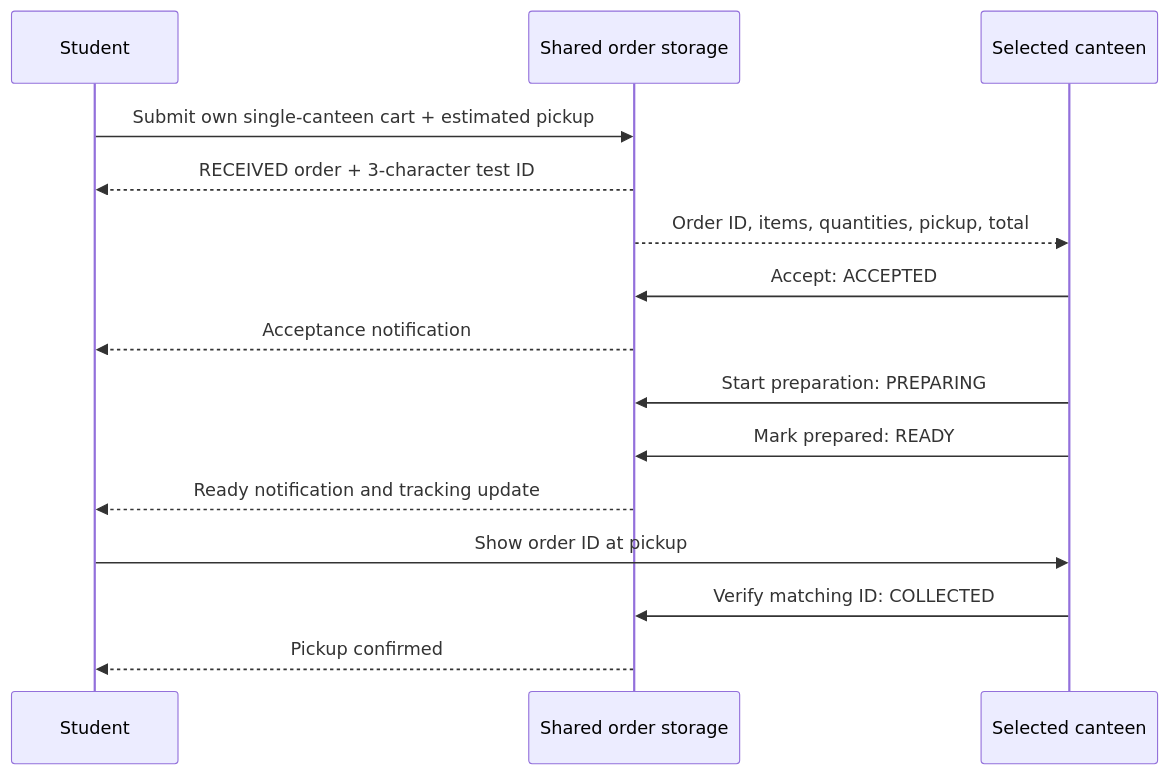
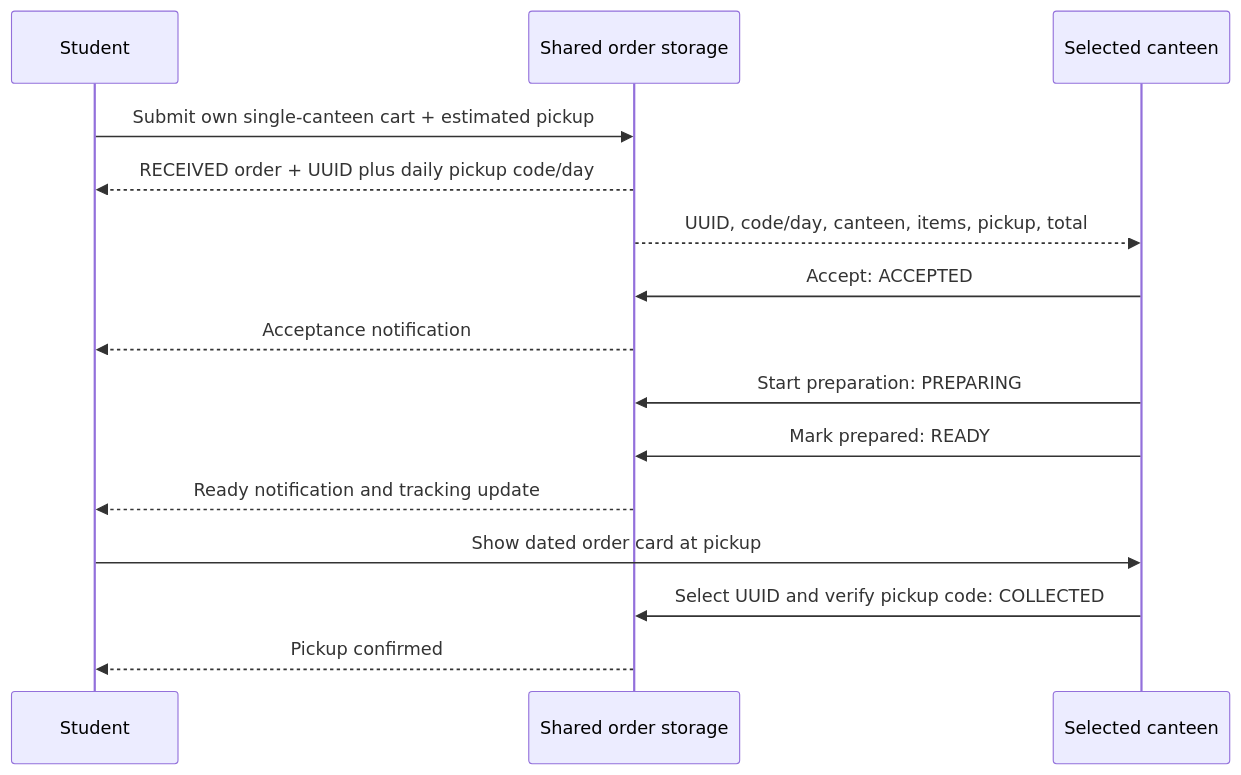
The second of 3 diagrams in architecture.md (tanu15-png/Build_BV), drawn with Mermaid before and after one commit. The commit also changed other lines of this file and 20 other files, not shown here.

````diff
--- a/architecture.md
+++ b/architecture.md
@@ -126,17 +135,17 @@
 ```mermaid
 sequenceDiagram
     participant S as Student
     participant O as Shared order storage
     participant C as Selected canteen
     S->>O: Submit own single-canteen cart + estimated pickup
-    O-->>S: RECEIVED order + 3-character test ID
-    O-->>C: Order ID, items, quantities, pickup, total
+    O-->>S: RECEIVED order + UUID plus daily pickup code/day
+    O-->>C: UUID, code/day, canteen, items, pickup, total
     C->>O: Accept: ACCEPTED
     O-->>S: Acceptance notification
     C->>O: Start preparation: PREPARING
     C->>O: Mark prepared: READY
     O-->>S: Ready notification and tracking update
-    S->>C: Show order ID at pickup
-    C->>O: Verify matching ID: COLLECTED
+    S->>C: Show dated order card at pickup
+    C->>O: Select UUID and verify pickup code: COLLECTED
     O-->>S: Pickup confirmed
 ```
````
